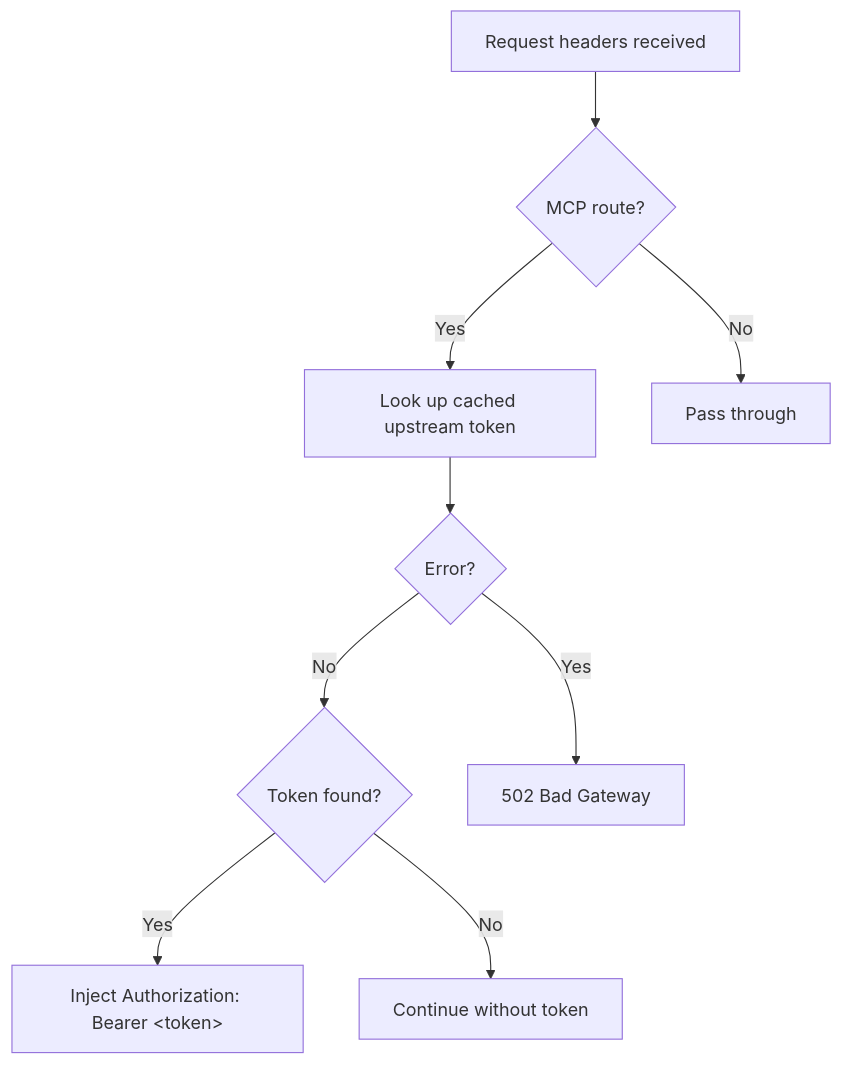
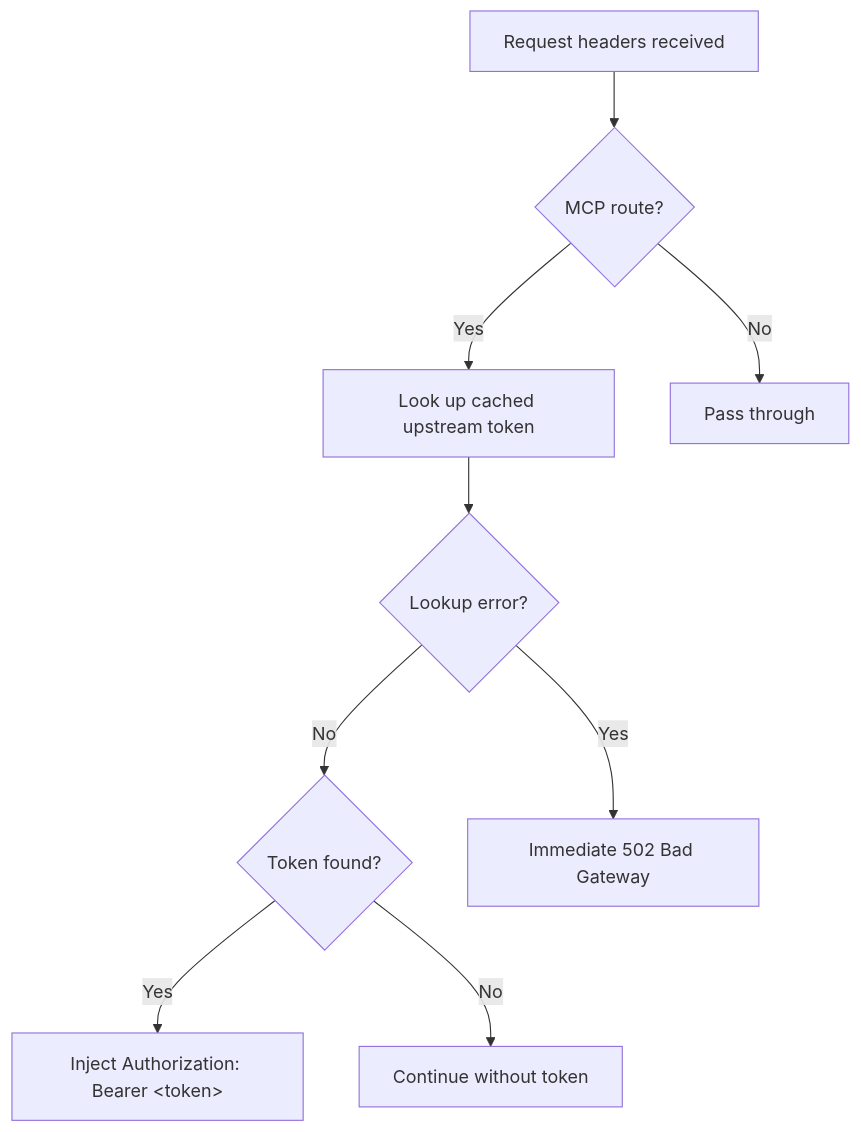
One commit to pomerium/pomerium changed the fourth of 10 diagrams in internal/mcp/DESIGN.md. Above: the diagram before and after it, drawn with Mermaid. The commit also changed other lines of this file and 8 other files, not shown here.

Commit message:
mcp: support PRM origin fallback and proactive DCR flow

````diff
--- a/internal/mcp/DESIGN.md
+++ b/internal/mcp/DESIGN.md
@@ -345,21 +345,21 @@
 ```mermaid
 flowchart TD
     Start["Request headers received"]
     CheckMCP{"MCP route?"}
     GetToken["Look up cached upstream token"]
-    CheckError{"Error?"}
+        CheckError{"Lookup error?"}
     CheckToken{"Token found?"}
     Inject["Inject Authorization: Bearer &lt;token&gt;"]
-    Continue["Continue without token"]
-    BadGateway["502 Bad Gateway"]
+        Continue["Continue without token"]
+        Return502["Immediate 502 Bad Gateway"]
     PassThrough["Pass through"]
 
     Start --> CheckMCP
     CheckMCP -->|No| PassThrough
     CheckMCP -->|Yes| GetToken
     GetToken --> CheckError
-    CheckError -->|Yes| BadGateway
+        CheckError -->|Yes| Return502
     CheckError -->|No| CheckToken
     CheckToken -->|Yes| Inject
     CheckToken -->|No| Continue
 ```
````
